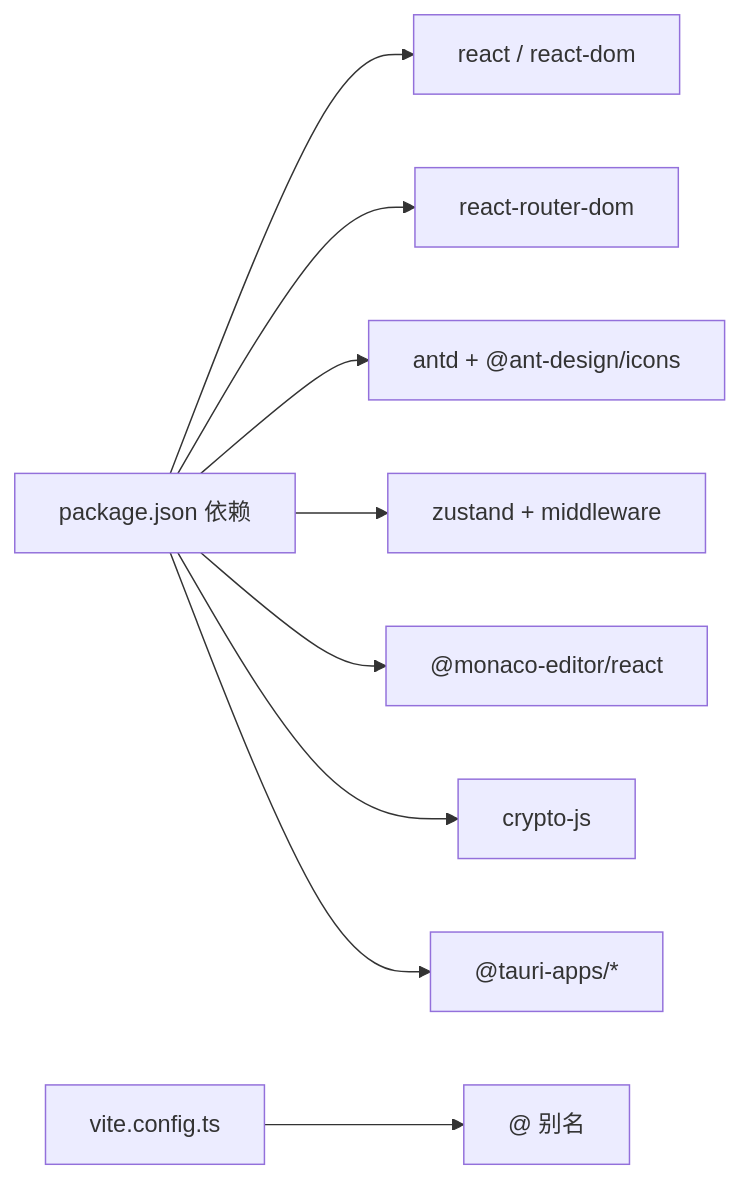
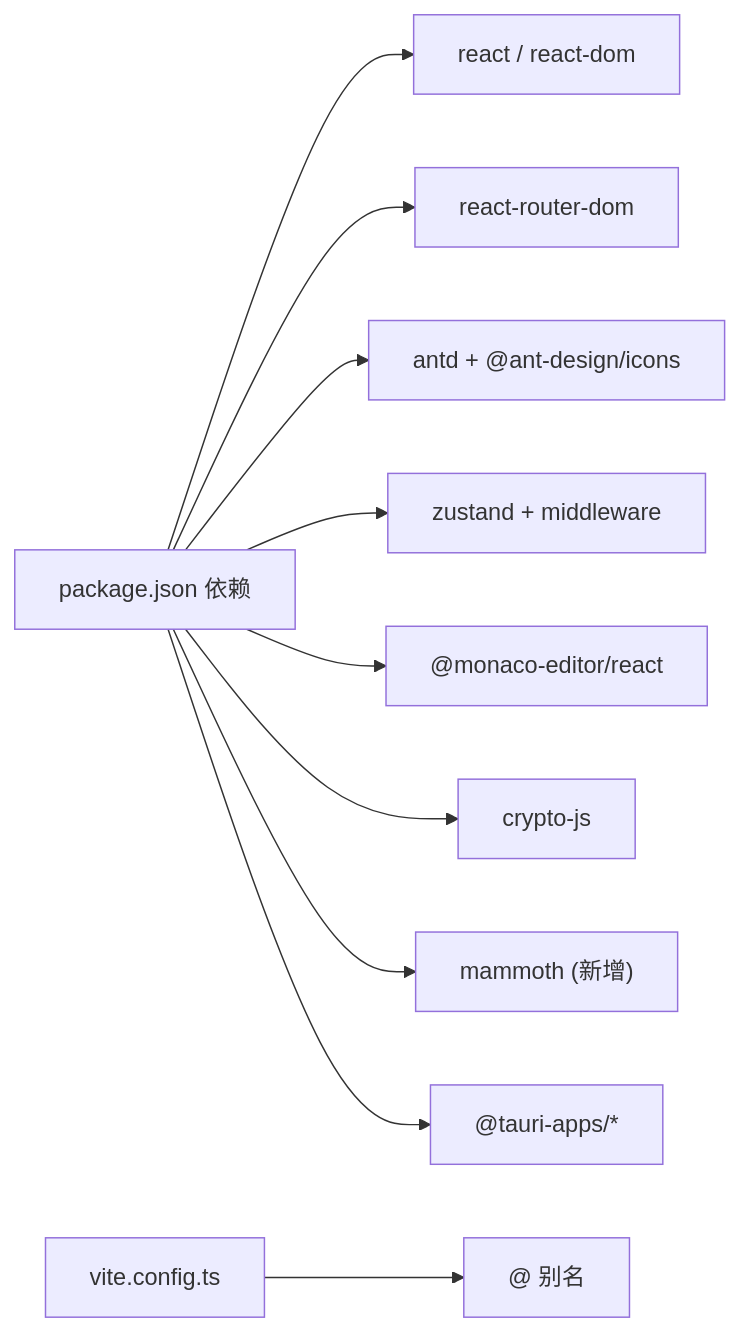
One commit to xkdaq/XKUtil changed the tenth of 10 diagrams in .qoder/repowiki/zh/content/开发指南/开发指南.md. Above: the diagram before and after it, drawn with Mermaid. The commit also changed other lines of this file and 3 other files, not shown here.

````diff
--- a/.qoder/repowiki/zh/content/开发指南/开发指南.md
+++ b/.qoder/repowiki/zh/content/开发指南/开发指南.md
@@ -333,11 +414,12 @@
 ```mermaid
 graph LR
 Pkg["package.json 依赖"] --> React["react / react-dom"]
 Pkg --> Router["react-router-dom"]
 Pkg --> Antd["antd + @ant-design/icons"]
 Pkg --> Zustand["zustand + middleware"]
 Pkg --> Monaco["@monaco-editor/react"]
 Pkg --> Crypto["crypto-js"]
+Pkg --> Mammoth["mammoth (新增)"]
 Pkg --> Tauri["@tauri-apps/*"]
 Vite["vite.config.ts"] --> Alias["@ 别名"]
 ```
````
